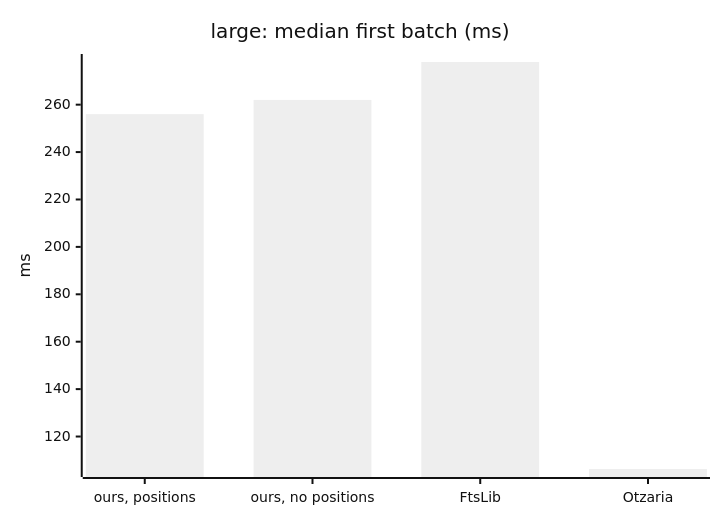
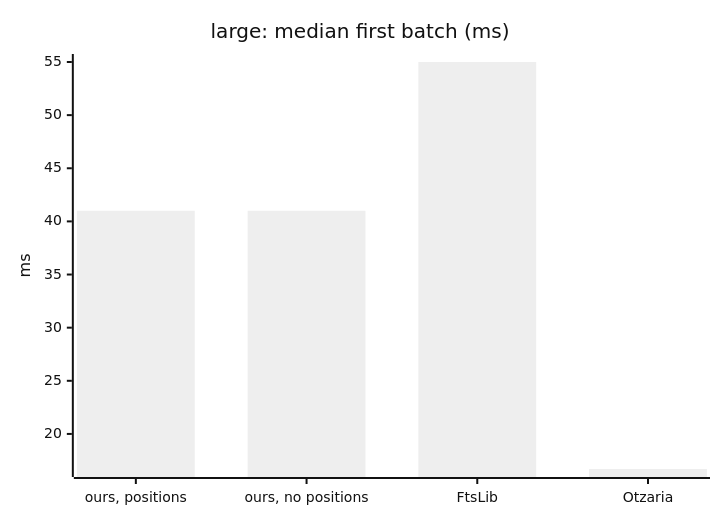
The fourth of 11 diagrams in FTS-SPECS-AND-COMPARISONS.md (KleiKodesh/SeforimLibrarySearchEngine), drawn with Mermaid (neutral theme) before and after one commit. The commit also changed other lines of this file and 10 other files, not shown here.

````diff
--- a/FTS-SPECS-AND-COMPARISONS.md
+++ b/FTS-SPECS-AND-COMPARISONS.md
@@ -113,7 +124,7 @@
 ```mermaid
 xychart-beta
     title "large: median first batch (ms)"
     x-axis ["ours, positions", "ours, no positions", "FtsLib", "Otzaria"]
     y-axis "ms"
-    bar [256.00, 262.00, 278.00, 106.30]
+    bar [41.00, 41.00, 55.00, 16.70]
 ```
````
